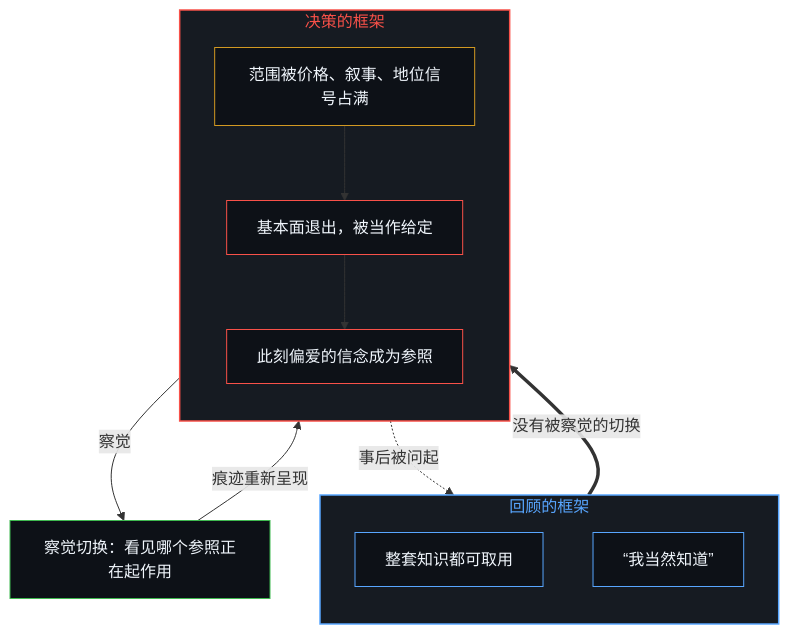
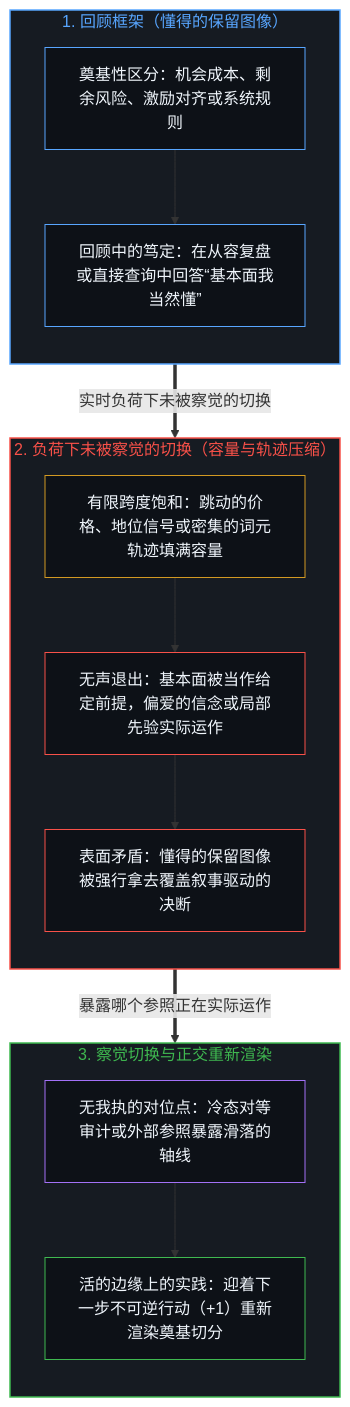
The first of 2 diagrams in content/posts/the-paradox-of-fundamentals-is-the-unaware-switch-of-reference.md (powerpig99/not-a-toe), drawn with Mermaid before and after one commit. The commit also changed other lines of this file and 4 other files, not shown here.

````diff
--- a/content/posts/the-paradox-of-fundamentals-is-the-unaware-switch-of-reference.md
+++ b/content/posts/the-paradox-of-fundamentals-is-the-unaware-switch-of-reference.md
@@ -35,28 +41,38 @@
 ```mermaid
 flowchart TD
-    subgraph S_Retro["回顾的框架"]
+    subgraph S_Retro["1. 回顾框架（懂得的保留图像）"]
         direction TB
-        R1["整套知识都可取用"]
-        R2["“我当然知道”"]
+        R_Trace["奠基性区分：机会成本、剩余风险、激励对齐或系统规则"]
+        R_Claim["回顾中的笃定：在从容复盘或直接查询中回答“基本面我当然懂”"]
+        R_Trace --> R_Claim
     end
-    subgraph S_Dec["决策的框架"]
+
+    subgraph S_Switch["2. 负荷下未被察觉的切换（容量与轨迹压缩）"]
         direction TB
-        D1["范围被价格、叙事、地位信号占满"]
-        D2["基本面退出，被当作给定"]
-        D3["此刻偏爱的信念成为参照"]
+        D_Load["有限跨度饱和：跳动的价格、地位信号或密集的词元轨迹填满容量"]
+        D_Drop["无声退出：基本面被当作给定前提，偏爱的信念或局部先验实际运作"]
+        D_Incoh["表面矛盾：懂得的保留图像被强行拿去覆盖叙事驱动的决断"]
+        D_Load --> D_Drop --> D_Incoh
     end
-    N["察觉切换：看见哪个参照正在起作用"]
-    R2 ==>|"没有被察觉的切换"| D1
-    D1 --> D2 --> D3
-    D3 -.->|"事后被问起"| R1
-    D3 -->|"察觉"| N
-    N -->|"痕迹重新呈现"| D1
+
+    subgraph S_Restore["3. 察觉切换与正交重新渲染"]
+        direction TB
+        N_Peer["无我执的对位点：冷态对等审计或外部参照暴露滑落的轴线"]
+        N_Edge["活的边缘上的实践：迎着下一步不可逆行动（+1）重新渲染奠基切分"]
+        N_Peer --> N_Edge
+    end
+
+    R_Claim ==>|"实时负荷下未被察觉的切换"| D_Load
+    D_Incoh ==>|"暴露哪个参照正在实际运作"| N_Peer
+
     style S_Retro fill:#161b22,stroke:#58a6ff,stroke-width:1.5px,color:#58a6ff
-    style S_Dec fill:#161b22,stroke:#f85149,stroke-width:1.5px,color:#f85149
-    style R1 fill:#0d1117,stroke:#58a6ff,stroke-width:1px,color:#f0f6fc
-    style R2 fill:#0d1117,stroke:#58a6ff,stroke-width:1px,color:#f0f6fc
-    style D1 fill:#0d1117,stroke:#d29922,stroke-width:1px,color:#f0f6fc
-    style D2 fill:#0d1117,stroke:#f85149,stroke-width:1px,color:#f0f6fc
-    style D3 fill:#0d1117,stroke:#f85149,stroke-width:1px,color:#f0f6fc
-    style N fill:#0d1117,stroke:#3fb950,stroke-width:1px,color:#f0f6fc
+    style S_Switch fill:#161b22,stroke:#f85149,stroke-width:1.5px,color:#f85149
+    style S_Restore fill:#161b22,stroke:#3fb950,stroke-width:1.5px,color:#3fb950
+    style R_Trace fill:#0d1117,stroke:#58a6ff,stroke-width:1px,color:#f0f6fc
+    style R_Claim fill:#0d1117,stroke:#58a6ff,stroke-width:1px,color:#f0f6fc
+    style D_Load fill:#0d1117,stroke:#d29922,stroke-width:1px,color:#f0f6fc
+    style D_Drop fill:#0d1117,stroke:#f85149,stroke-width:1px,color:#f0f6fc
+    style D_Incoh fill:#0d1117,stroke:#f85149,stroke-width:1px,color:#f0f6fc
+    style N_Peer fill:#0d1117,stroke:#a371f7,stroke-width:1px,color:#f0f6fc
+    style N_Edge fill:#0d1117,stroke:#3fb950,stroke-width:1px,color:#f0f6fc
 ```
````
